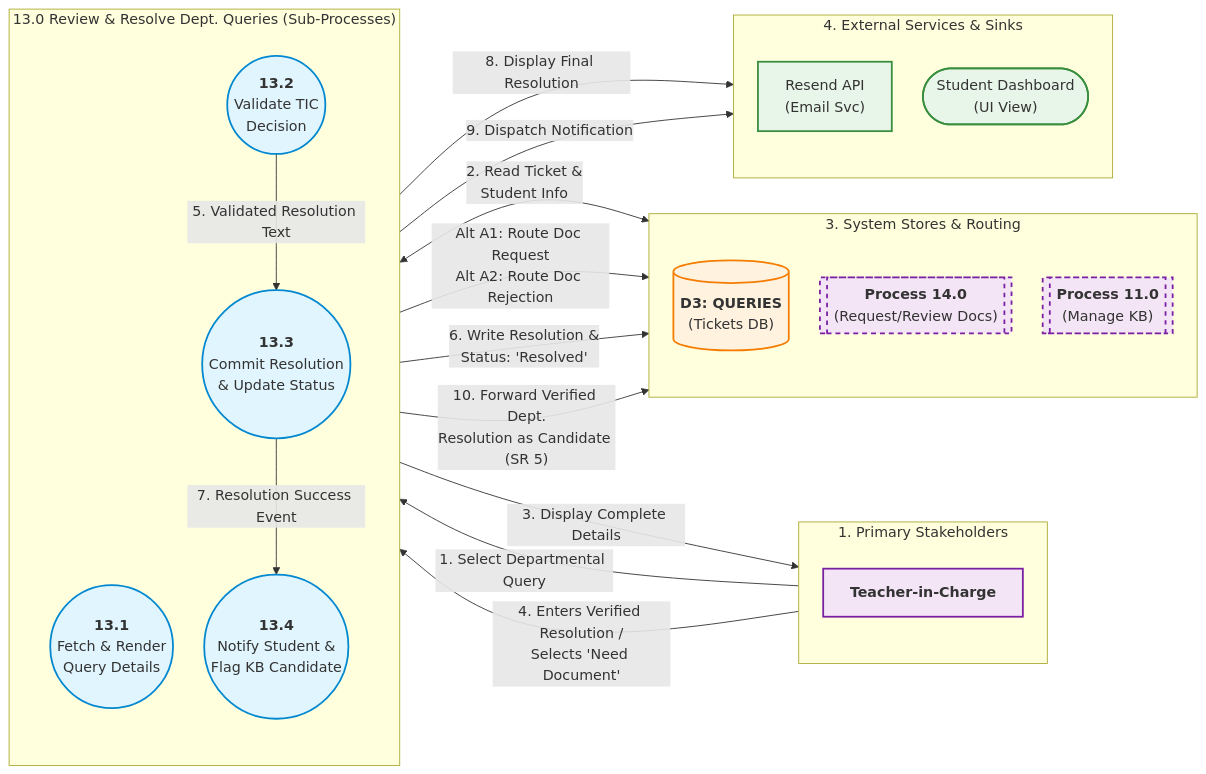
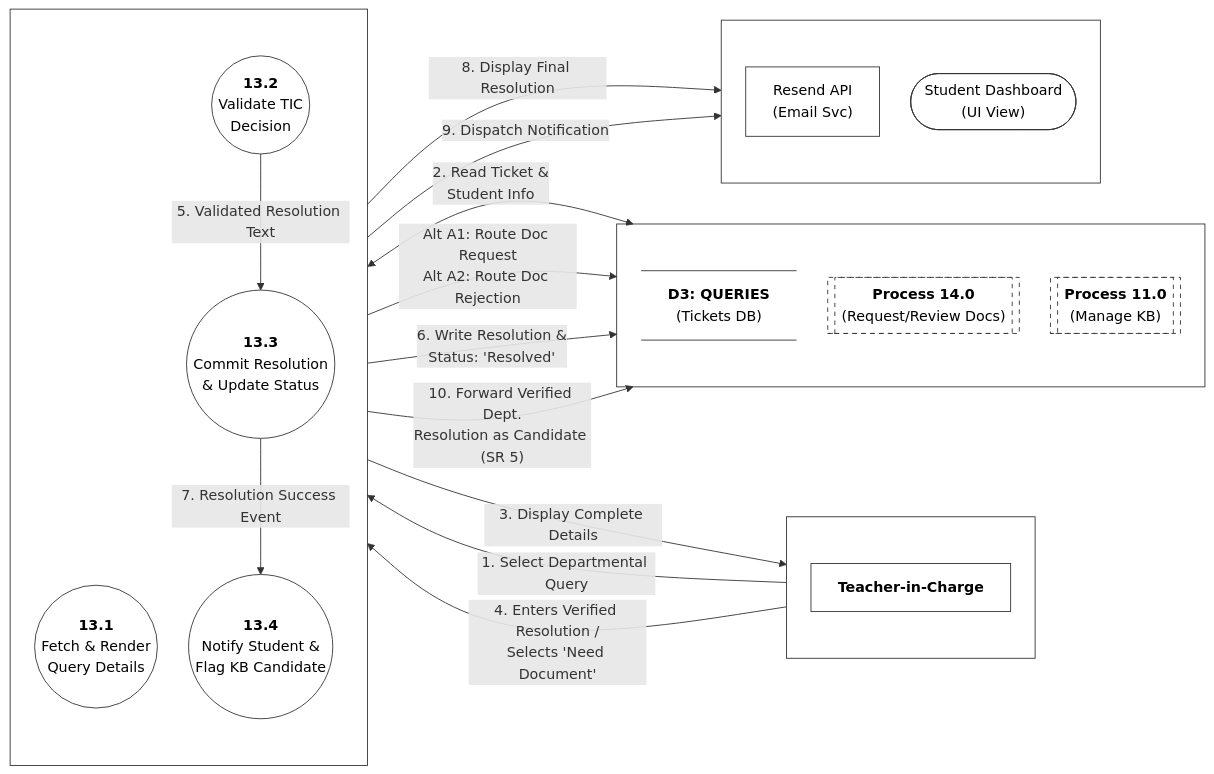
Before and after one commit to aryanhrc3428/Semester-5: the diagram in SE/ideathon/documents/L2-DFD-T02.mmd, drawn with Mermaid. The commit also changed 21 other files, not shown here.

```diff
--- a/SE/ideathon/documents/L2-DFD-T02.mmd
+++ b/SE/ideathon/documents/L2-DFD-T02.mmd
@@ -1,85 +1,90 @@
 %%{init: {
   "flowchart": {
     "htmlLabels": true,
     "nodeSpacing": 35,
     "rankSpacing": 80,
     "padding": 15
   }
 }}%%
 flowchart LR
 
     %% -------------------------------------------------------------
     %% COLUMN 1: ACTORS
     %% -------------------------------------------------------------
-    subgraph Actors ["1. Primary Stakeholders"]
+    subgraph Actors [" "]
         direction TB
         TIC["<b>Teacher-in-Charge</b>"]
     end
 
     %% -------------------------------------------------------------
     %% COLUMN 2: SUB-PROCESSES (Decomposition of 13.0)
     %% -------------------------------------------------------------
-    subgraph SubProcesses ["13.0 Review & Resolve Dept. Queries (Sub-Processes)"]
+    subgraph SubProcesses [" "]
         direction TB
-        P13_1(("<b>13.1</b><br/>Fetch & Render<br/>Query Details"))
+        P13_1(("<b>13.1</b><br/>Fetch &amp; Render<br/>Query Details"))
         P13_2(("<b>13.2</b><br/>Validate TIC<br/>Decision"))
-        P13_3(("<b>13.3</b><br/>Commit Resolution<br/>& Update Status"))
-        P13_4(("<b>13.4</b><br/>Notify Student &<br/>Flag KB Candidate"))
+        P13_3(("<b>13.3</b><br/>Commit Resolution<br/>&amp; Update Status"))
+        P13_4(("<b>13.4</b><br/>Notify Student &amp;<br/>Flag KB Candidate"))
     end
 
     %% -------------------------------------------------------------
     %% COLUMN 3: DATA STORES & INTERNAL ROUTING
     %% -------------------------------------------------------------
-    subgraph DataStores ["3. System Stores & Routing"]
+    subgraph DataStores [" "]
         direction TB
-        D3[("<b>D3: QUERIES</b><br/>(Tickets DB)")]
+        D3@{ shape: datastore, label: "<b>D3: QUERIES</b><br/>(Tickets DB)" }
         P14[["<b>Process 14.0</b><br/>(Request/Review Docs)"]]
         P11[["<b>Process 11.0</b><br/>(Manage KB)"]]
     end
 
     %% -------------------------------------------------------------
     %% COLUMN 4: EXTERNAL SERVICES & UI SINKS
     %% -------------------------------------------------------------
-    subgraph ExtServices ["4. External Services & Sinks"]
+    subgraph ExtServices [" "]
         direction TB
         ExtEmail["Resend API<br/>(Email Svc)"]
         StudentDash(["Student Dashboard<br/>(UI View)"])
     end
 
     %% =============================================================
     %% DATA FLOWS
     %% =============================================================
 
     %% --- 13.1 Fetch Details ---
     TIC -->|"1. Select Departmental Query"| P13_1
     P13_1 <-->|"2. Read Ticket &<br/>Student Info"| D3
     P13_1 -->|"3. Display Complete Details"| TIC
     
     %% --- 13.2 Validate Decision ---
     TIC -->|"4. Enters Verified Resolution /<br/>Selects 'Need Document'"| P13_2
     P13_2 -->|"Alt A1: Route Doc Request<br/>Alt A2: Route Doc Rejection"| P14
     
     %% --- 13.3 Commit Resolution ---
     P13_2 -->|"5. Validated Resolution Text"| P13_3
     P13_3 -->|"6. Write Resolution &<br/>Status: 'Resolved'"| D3
     
     %% --- 13.4 Notify & Flag ---
     P13_3 -->|"7. Resolution Success Event"| P13_4
     P13_4 -->|"8. Display Final Resolution"| StudentDash
     P13_4 -->|"9. Dispatch Notification"| ExtEmail
     P13_4 -->|"10. Forward Verified Dept.<br/>Resolution as Candidate (SR 5)"| P11
 
     %% -------------------------------------------------------------
     %% STYLING
     %% -------------------------------------------------------------
-    classDef processStyle fill:#e1f5fe,stroke:#0288d1,stroke-width:2px;
-    classDef storeStyle fill:#fff3e0,stroke:#f57c00,stroke-width:2px;
-    classDef actorStyle fill:#f3e5f5,stroke:#7b1fa2,stroke-width:2px;
-    classDef extStyle fill:#e8f5e9,stroke:#388e3c,stroke-width:2px;
-    classDef routeStyle fill:#f3e5f5,stroke:#7b1fa2,stroke-width:2px,stroke-dasharray: 5 5;
+    classDef processStyle fill:#fff,stroke:#333,stroke-width:1px,color:#000
+    classDef storeStyle fill:#fff,stroke:#333,stroke-width:1px,color:#000
+    classDef actorStyle fill:#fff,stroke:#333,stroke-width:1px,color:#000
+    classDef extStyle fill:#fff,stroke:#333,stroke-width:1px,color:#000
+    classDef routeStyle fill:#fff,stroke:#333,stroke-width:1px,color:#000,stroke-dasharray: 5 5
 
     class P13_1,P13_2,P13_3,P13_4 processStyle;
     class D3 storeStyle;
     class P14,P11 routeStyle;
     class TIC actorStyle;
     class ExtEmail,StudentDash extStyle;
+
+    style Actors fill:none,stroke:#333,stroke-width:1px
+    style SubProcesses fill:none,stroke:#333,stroke-width:1px
+    style DataStores fill:none,stroke:#333,stroke-width:1px
+    style ExtServices fill:none,stroke:#333,stroke-width:1px
```
